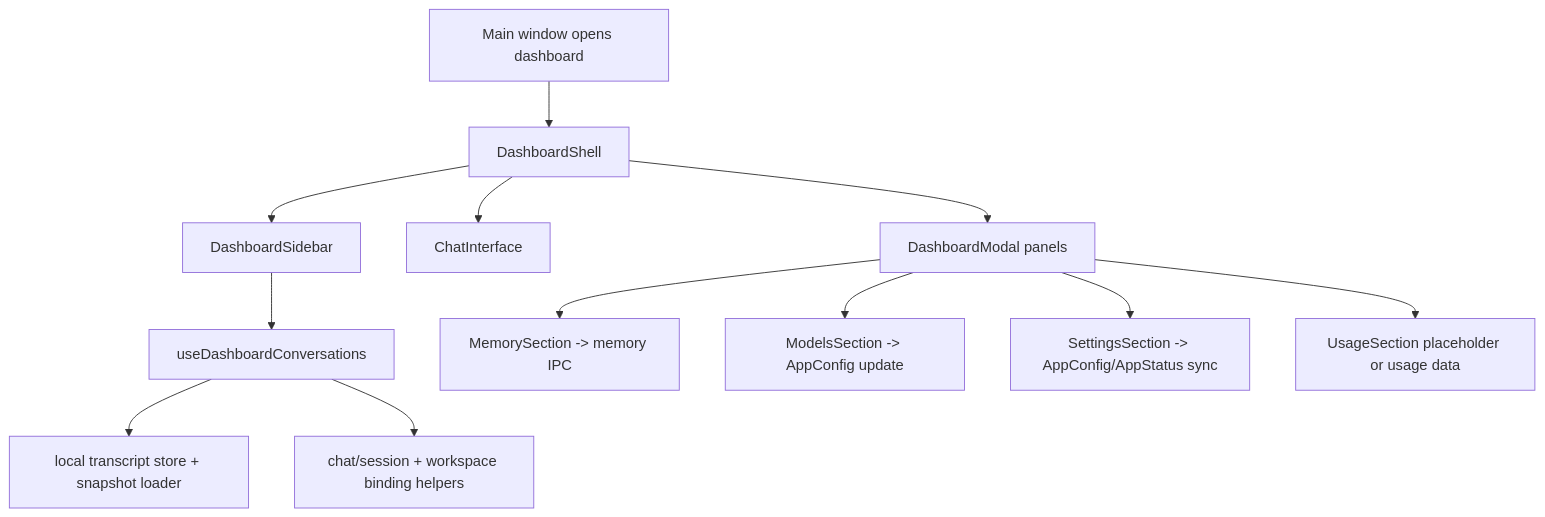
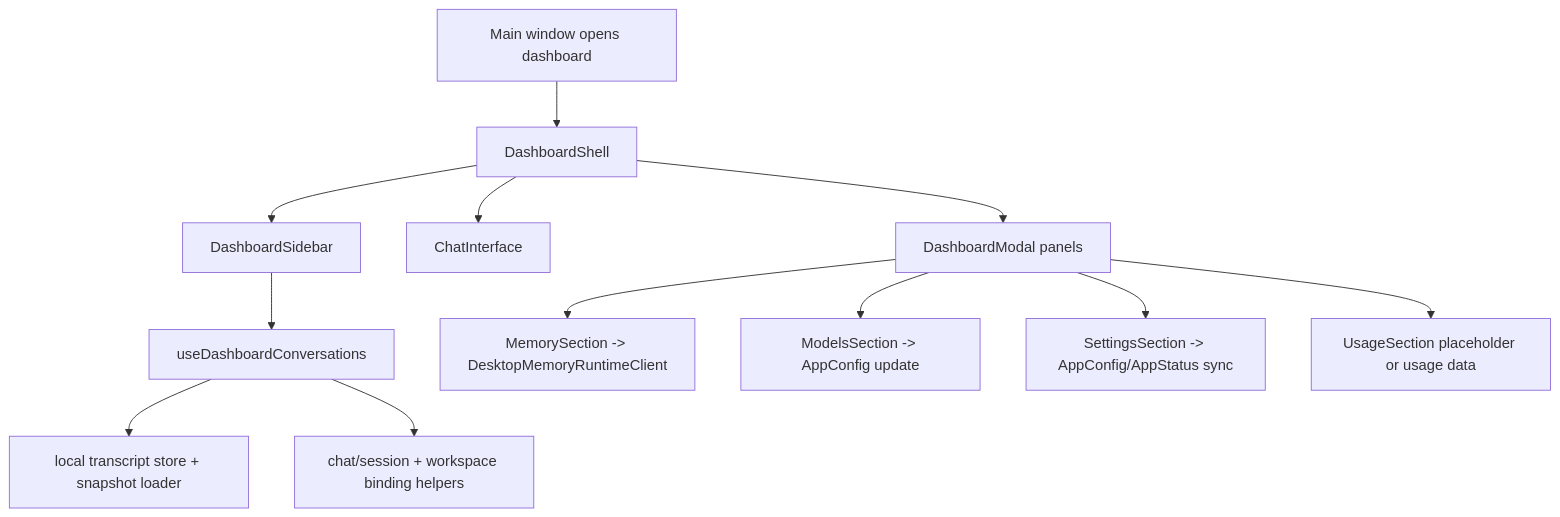
The diagram in docs/frontend/renderer/dashboard/dashboard_change_workflow.md (buiilding/My_Own_OpenClaw), drawn with Mermaid before and after one commit. The commit also changed other lines of this file and 11 other files, not shown here.

First line of the commit message:
refactor(renderer): isolate memory store ipc

````diff
--- a/docs/frontend/renderer/dashboard/dashboard_change_workflow.md
+++ b/docs/frontend/renderer/dashboard/dashboard_change_workflow.md
@@ -58,14 +58,14 @@
 ```mermaid
 flowchart TD
     open["Main window opens dashboard"] --> shell["DashboardShell"]
     shell --> sidebar["DashboardSidebar"]
     shell --> chat["ChatInterface"]
     shell --> panels["DashboardModal panels"]
     sidebar --> conversations["useDashboardConversations"]
     conversations --> transcript["local transcript store + snapshot loader"]
     conversations --> session["chat/session + workspace binding helpers"]
-    panels --> memory["MemorySection -> memory IPC"]
+    panels --> memory["MemorySection -> DesktopMemoryRuntimeClient"]
     panels --> models["ModelsSection -> AppConfig update"]
     panels --> settings["SettingsSection -> AppConfig/AppStatus sync"]
     panels --> usage["UsageSection placeholder or usage data"]
 ```
````
